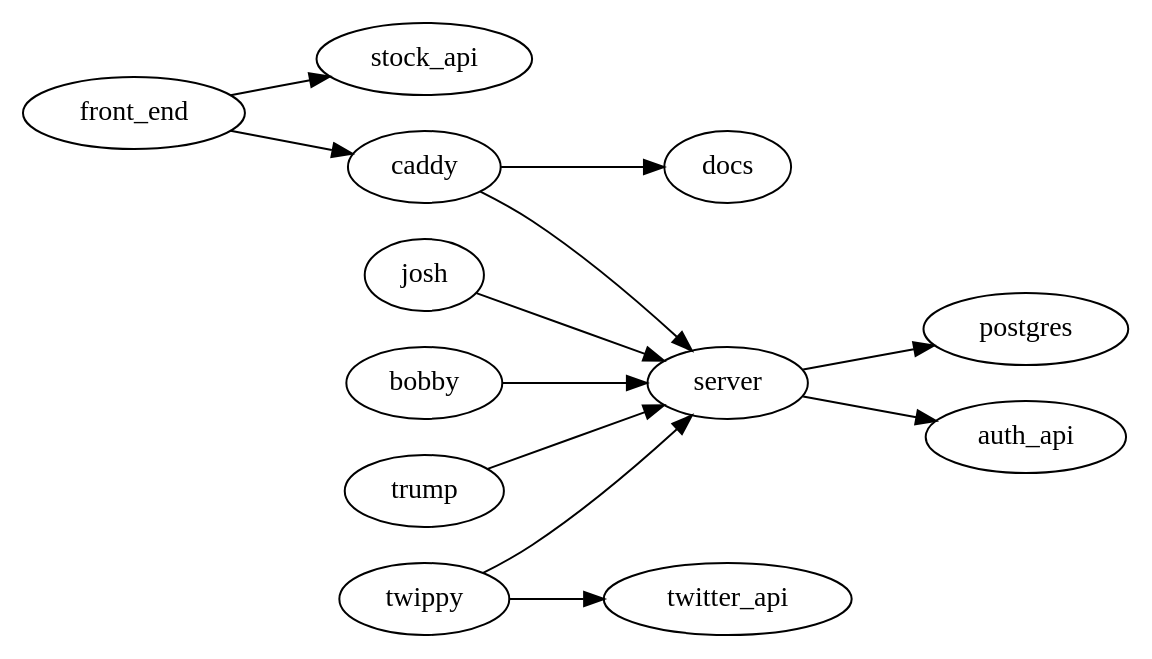
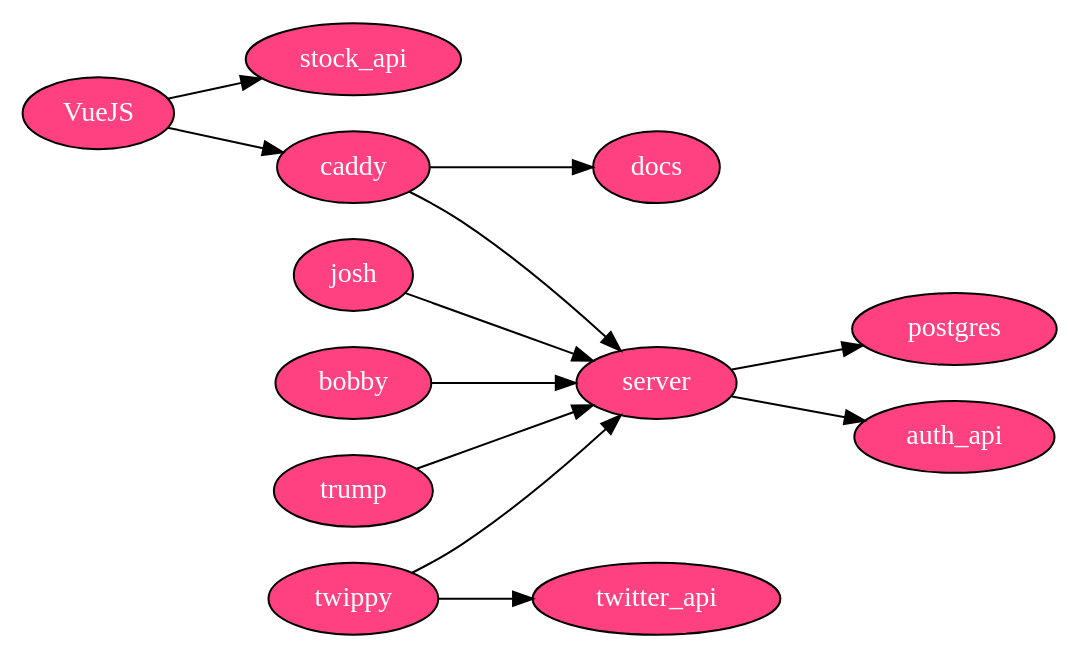
Before and after one commit to thecsw/sentock: the diagram in arch.dot, drawn with Graphviz. The commit also changed 1 other file, not shown here.

Commit message:
Pink graphs!!!

```diff
--- a/arch.dot
+++ b/arch.dot
@@ -1,23 +1,26 @@
 digraph architecture {
   rankdir=LR;
+
+  node[fillcolor="#FF4081" style="filled" fontcolor="white"];
+  front_end[label="VueJS"];
 
   subgraph user_side {
     front_end -> stock_api
     front_end -> caddy
   }
 
   subgraph services {
       josh -> server
       bobby -> server
       caddy -> {server, docs}
       twippy -> server
       twippy -> twitter_api
       trump -> server
 
       {rank=same; josh, twippy, caddy, bobby};
   }
 
   subgraph low_level {
       server -> {postgres, auth_api}
   }
 }
```
